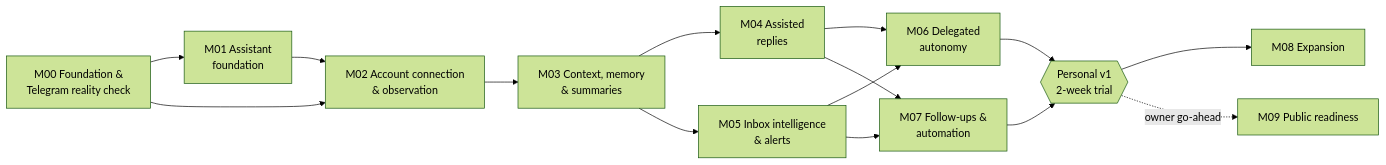
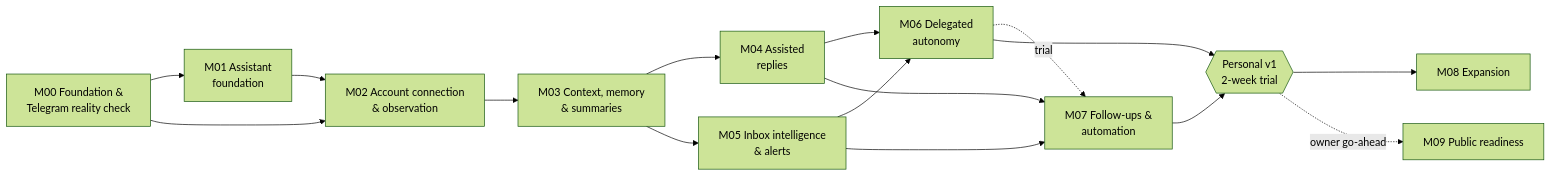
The diagram in docs/IMPLEMENTATION_PLAN.md (Khumoyun1307/personal-ai-assistant), drawn with Mermaid (forest theme) before and after one commit. The commit also changed other lines of this file and 42 other files, not shown here.

````diff
--- a/docs/IMPLEMENTATION_PLAN.md
+++ b/docs/IMPLEMENTATION_PLAN.md
@@ -31,17 +31,18 @@
 ```mermaid
 flowchart LR
     M00[M00 Foundation &<br/>Telegram reality check] --> M01[M01 Assistant<br/>foundation]
     M00 --> M02
     M01 --> M02[M02 Account connection<br/>& observation]
     M02 --> M03[M03 Context, memory<br/>& summaries]
     M03 --> M04[M04 Assisted<br/>replies]
     M03 --> M05[M05 Inbox intelligence<br/>& alerts]
     M04 --> M06[M06 Delegated<br/>autonomy]
     M05 --> M06
     M05 --> M07[M07 Follow-ups &<br/>automation]
     M04 --> M07
+    M06 -. trial .-> M07
     M06 --> PV1{{Personal v1<br/>2-week trial}}
     M07 --> PV1
     PV1 --> M08[M08 Expansion]
     PV1 -. owner go-ahead .-> M09[M09 Public readiness]
 ```
````
